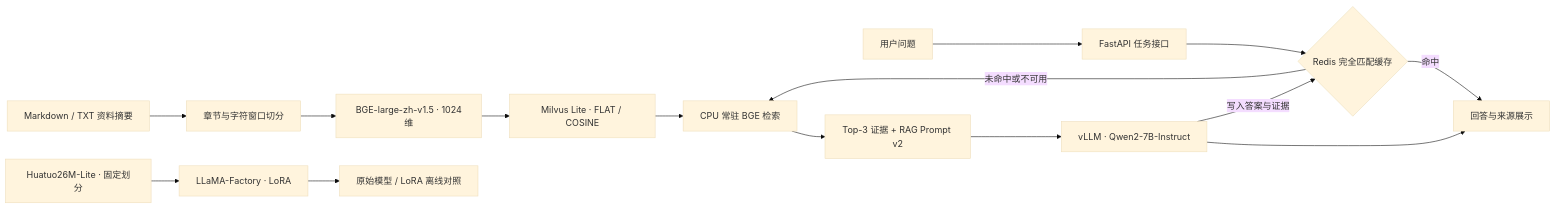
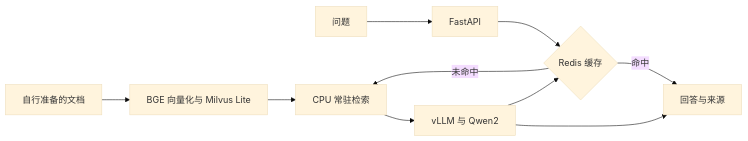
The second of 2 diagrams in README.md (jackylxj/medical-domain-rag), drawn with Mermaid (base theme) before and after one commit. The commit also changed other lines of this file and 67 other files, not shown here.

````diff
--- a/README.md
+++ b/README.md
@@ -133,17 +88,12 @@
 ```mermaid
 flowchart LR
-  D[Markdown / TXT 资料摘要] --> C[章节与字符窗口切分]
-  C --> E[BGE-large-zh-v1.5 · 1024维]
-  E --> M[Milvus Lite · FLAT / COSINE]
-  U[用户问题] --> A[FastAPI 任务接口]
-  A --> K{Redis 完全匹配缓存}
-  K -->|命中| O[回答与来源展示]
-  K -->|未命中或不可用| R[CPU 常驻 BGE 检索]
-  M --> R
-  R --> P[Top-3 证据 + RAG Prompt v2]
-  P --> V[vLLM · Qwen2-7B-Instruct]
+  D[自行准备的文档] --> I[BGE 向量化与 Milvus Lite]
+  Q[问题] --> A[FastAPI]
+  A --> C{Redis 缓存}
+  C -->|命中| O[回答与来源]
+  C -->|未命中| R[CPU 常驻检索]
+  I --> R
+  R --> V[vLLM 与 Qwen2]
   V --> O
-  V -->|写入答案与证据| K
-  T[Huatuo26M-Lite · 固定划分] --> L[LLaMA-Factory · LoRA]
-  L --> Q[原始模型 / LoRA 离线对照]
+  V --> C
 ```
````
